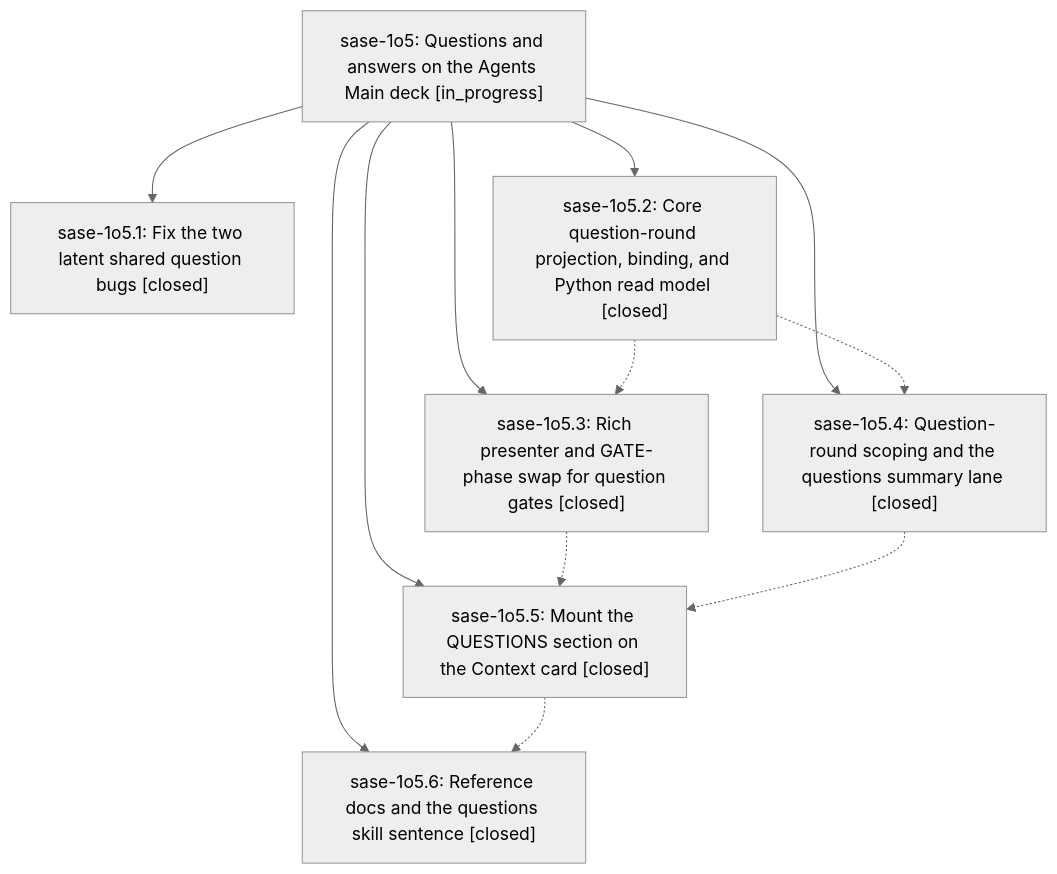
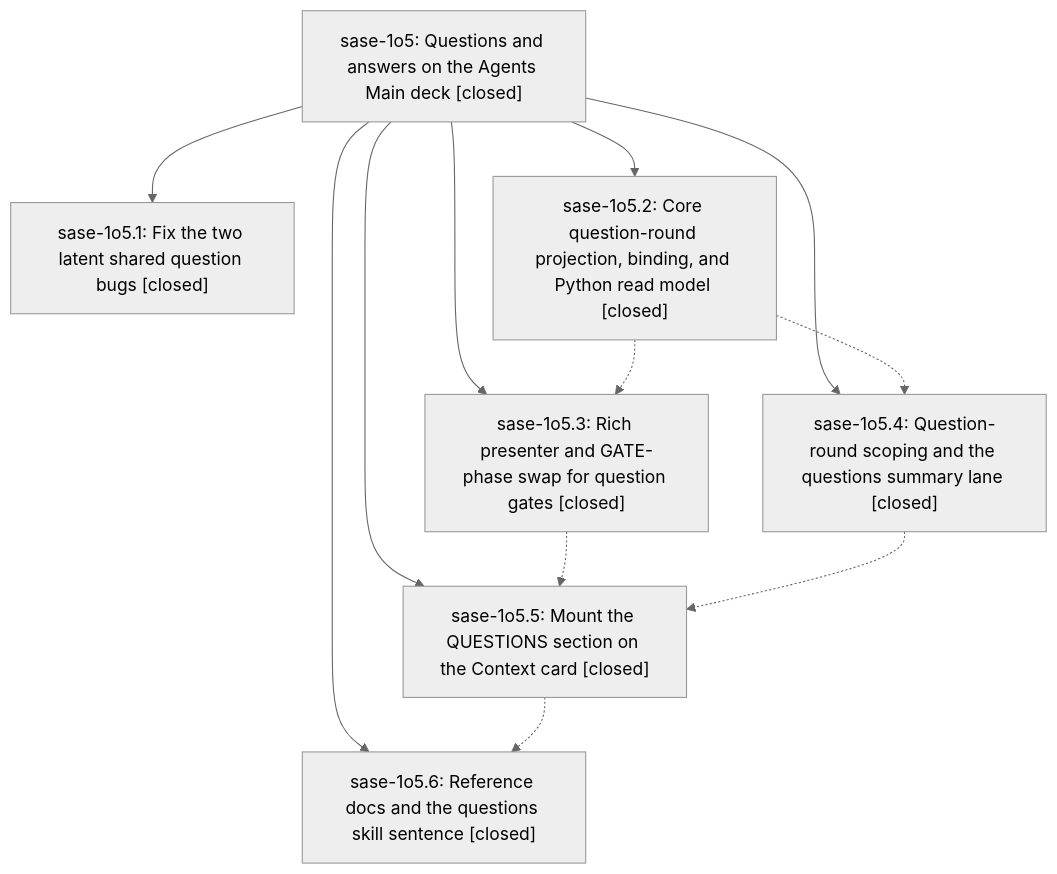
Before and after one commit to sase-org/sase--beads: the diagram in pages/sase-1o5/README.md, drawn with Mermaid (neutral theme). The commit also changed other lines of this file and 1 other file, not shown here.

First line of the commit message:
chore(beads): sync bead state and pages for sase-1o5

````diff
--- a/pages/sase-1o5/README.md
+++ b/pages/sase-1o5/README.md
@@ -45,21 +55,21 @@
 ```mermaid
 flowchart TD
-    n0["sase-1o5: Questions and answers on the Agents Main deck [in_progress]"]
+    n0["sase-1o5: Questions and answers on the Agents Main deck [closed]"]
     n1["sase-1o5.1: Fix the two latent shared question bugs [closed]"]
     n2["sase-1o5.2: Core question-round projection, binding, and Python read model [closed]"]
     n3["sase-1o5.3: Rich presenter and GATE-phase swap for question gates [closed]"]
     n4["sase-1o5.4: Question-round scoping and the questions summary lane [closed]"]
     n5["sase-1o5.5: Mount the QUESTIONS section on the Context card [closed]"]
     n6["sase-1o5.6: Reference docs and the questions skill sentence [closed]"]
     n0 --> n1
     n0 --> n2
     n0 --> n3
     n0 --> n4
     n0 --> n5
     n0 --> n6
     n2 -.-> n3
     n2 -.-> n4
     n3 -.-> n5
     n4 -.-> n5
     n5 -.-> n6
 ```
````
